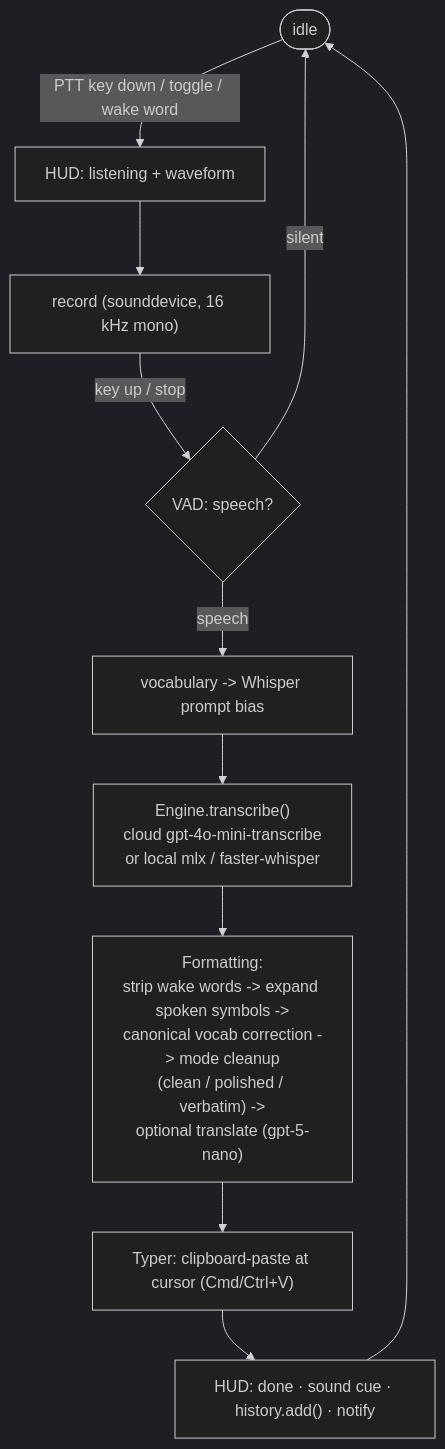
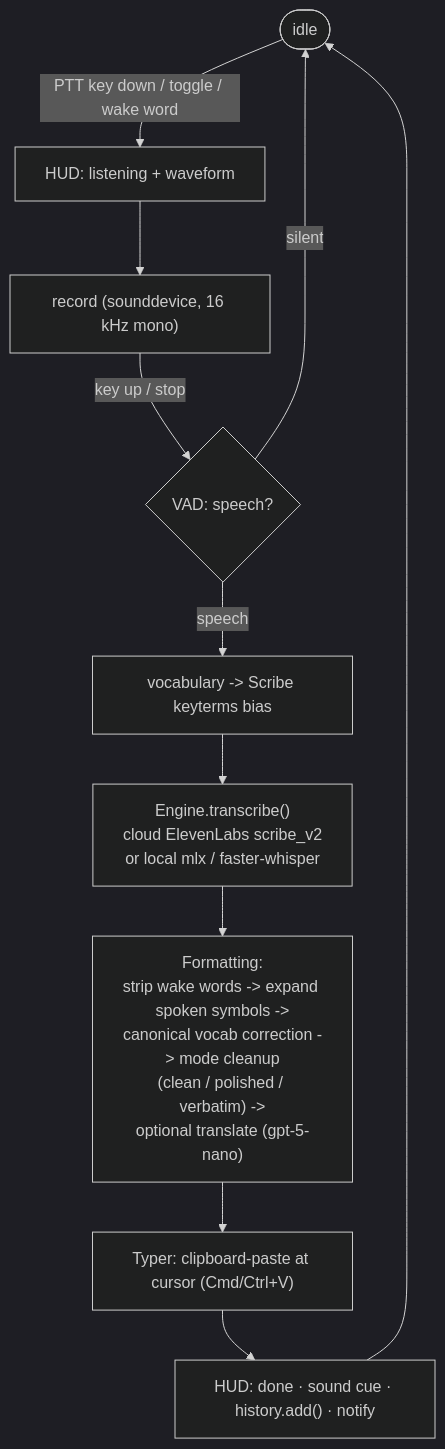
One commit to romiteld/yapper changed the second of 3 diagrams in README.md. Above: the diagram before and after it, drawn with Mermaid (dark theme). The commit also changed other lines of this file and 15 other files, not shown here.

Commit message:
feat(stt): switch cloud speech-to-text from OpenAI to ElevenLabs Scribe v2

````diff
--- a/README.md
+++ b/README.md
@@ -64,13 +64,13 @@
 ```mermaid
 flowchart TD
     idle(["idle"]) -->|"PTT key down / toggle / wake word"| listen["HUD: listening + waveform"]
     listen --> record["record (sounddevice, 16 kHz mono)"]
     record -->|"key up / stop"| vad{"VAD: speech?"}
     vad -->|"silent"| idle
-    vad -->|"speech"| bias["vocabulary -> Whisper prompt bias"]
-    bias --> stt["Engine.transcribe()<br/>cloud gpt-4o-mini-transcribe<br/>or local mlx / faster-whisper"]
+    vad -->|"speech"| bias["vocabulary -> Scribe keyterms bias"]
+    bias --> stt["Engine.transcribe()<br/>cloud ElevenLabs scribe_v2<br/>or local mlx / faster-whisper"]
     stt --> fmt["Formatting:<br/>strip wake words -> expand spoken symbols -><br/>canonical vocab correction -> mode cleanup<br/>(clean / polished / verbatim) -><br/>optional translate (gpt-5-nano)"]
     fmt --> paste["Typer: clipboard-paste at cursor (Cmd/Ctrl+V)"]
     paste --> done["HUD: done · sound cue · history.add() · notify"]
     done --> idle
 ```
````
